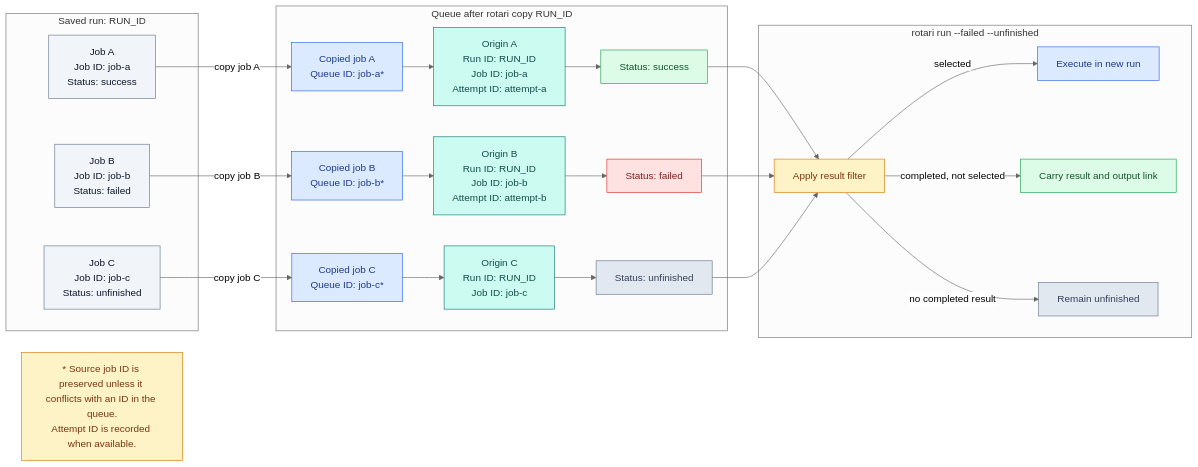
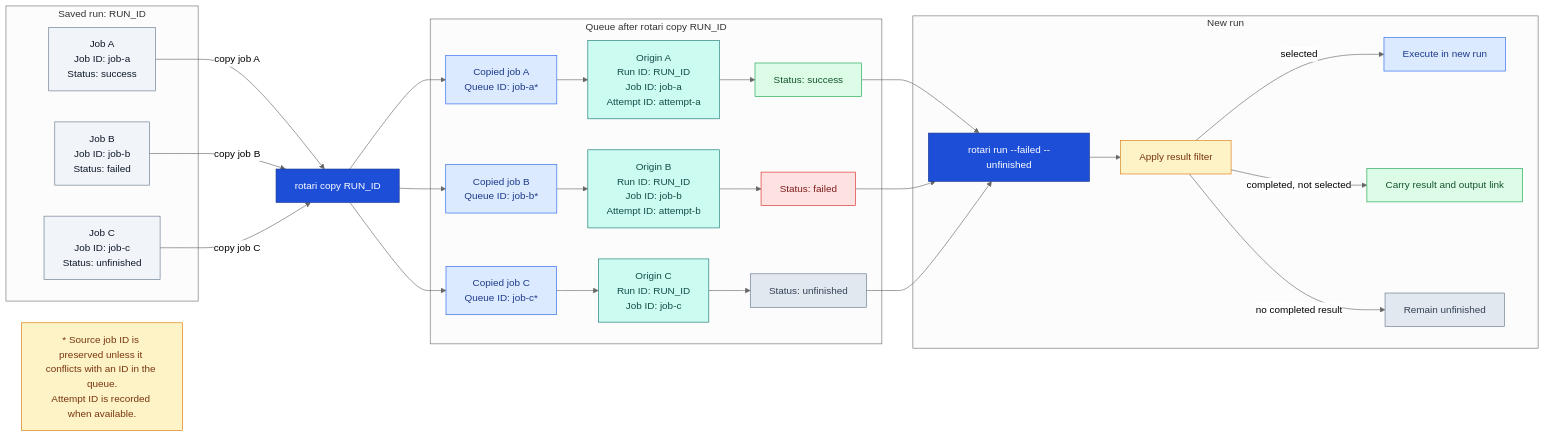
Before and after one commit to kamo-naoyuki/rotari: the first of 3 diagrams in docs/RUNNING.md, drawn with Mermaid (neutral theme).

Commit message:
docs: box copy and run commands in workflow

````diff
--- a/docs/RUNNING.md
+++ b/docs/RUNNING.md
@@ -178,61 +178,70 @@
 ```mermaid
 flowchart LR
   subgraph SavedRun["Saved run: RUN_ID"]
     SourceA["Job A<br/>Job ID: job-a<br/>Status: success"]
     SourceB["Job B<br/>Job ID: job-b<br/>Status: failed"]
     SourceC["Job C<br/>Job ID: job-c<br/>Status: unfinished"]
   end
+
+  CopyCmd["rotari copy RUN_ID"]
 
   subgraph CurrentQueue["Queue after rotari copy RUN_ID"]
     CopiedA["Copied job A<br/>Queue ID: job-a*"]
     OriginA["Origin A<br/>Run ID: RUN_ID<br/>Job ID: job-a<br/>Attempt ID: attempt-a"]
     StatusA["Status: success"]
     CopiedB["Copied job B<br/>Queue ID: job-b*"]
     OriginB["Origin B<br/>Run ID: RUN_ID<br/>Job ID: job-b<br/>Attempt ID: attempt-b"]
     StatusB["Status: failed"]
     CopiedC["Copied job C<br/>Queue ID: job-c*"]
     OriginC["Origin C<br/>Run ID: RUN_ID<br/>Job ID: job-c"]
     StatusC["Status: unfinished"]
     CopiedA --> OriginA --> StatusA
     CopiedB --> OriginB --> StatusB
     CopiedC --> OriginC --> StatusC
   end
 
-  SourceA -->|"copy job A"| CopiedA
-  SourceB -->|"copy job B"| CopiedB
-  SourceC -->|"copy job C"| CopiedC
+  SourceA -->|"copy job A"| CopyCmd
+  SourceB -->|"copy job B"| CopyCmd
+  SourceC -->|"copy job C"| CopyCmd
+  CopyCmd --> CopiedA
+  CopyCmd --> CopiedB
+  CopyCmd --> CopiedC
 
-  subgraph NewRun["rotari run --failed --unfinished"]
+  subgraph NewRun["New run"]
+    RunCmd["rotari run --failed --unfinished"]
     Filter["Apply result filter"]
+    RunCmd --> Filter
     Filter -->|"selected"| Execute["Execute in new run"]
     Filter -->|"completed, not selected"| Carry["Carry result and output link"]
     Filter -->|"no completed result"| Unfinished["Remain unfinished"]
   end
-  StatusA --> Filter
-  StatusB --> Filter
-  StatusC --> Filter
+  StatusA --> RunCmd
+  StatusB --> RunCmd
+  StatusC --> RunCmd
 
   Note["* Source job ID is preserved unless it conflicts with an ID in the queue.<br/>Attempt ID is recorded when available."]
 
   classDef source fill:#f1f5f9,stroke:#64748b,color:#0f172a
   classDef queue fill:#dbeafe,stroke:#2563eb,color:#1e3a8a
   classDef origin fill:#ccfbf1,stroke:#0f766e,color:#134e4a
   classDef filter fill:#fef3c7,stroke:#d97706,color:#78350f
   classDef execute fill:#dbeafe,stroke:#2563eb,color:#1e3a8a
   classDef carried fill:#dcfce7,stroke:#16a34a,color:#14532d
   classDef unfinished fill:#e2e8f0,stroke:#64748b,color:#334155
   classDef note fill:#fef3c7,stroke:#d97706,color:#78350f
   classDef success fill:#dcfce7,stroke:#16a34a,color:#14532d
   classDef failed fill:#fee2e2,stroke:#dc2626,color:#7f1d1d
+  classDef command fill:#1d4ed8,stroke:#1e3a8a,color:#ffffff
   class SourceA,SourceB,SourceC source
   class CopiedA,CopiedB,CopiedC queue
   class OriginA,OriginB,OriginC origin
   class StatusA success
   class StatusB failed
   class StatusC unfinished
   class Note note
+  class CopyCmd,RunCmd command
   class Filter filter
   class Execute execute
   class Carry carried
   class Unfinished unfinished
 ```
````
